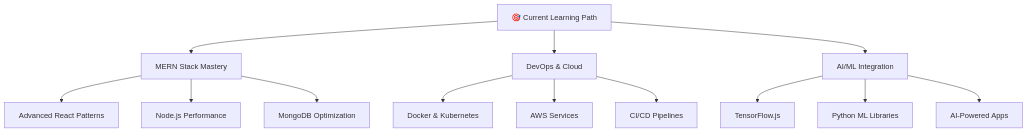
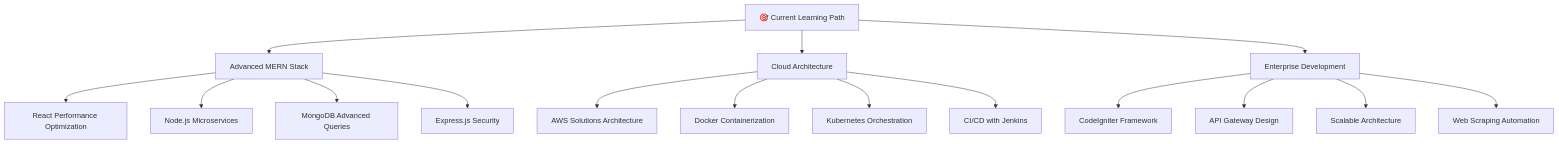
One commit to bimapopo345/bimapopo345 changed the diagram in README.md. Above: the diagram before and after it, drawn with Mermaid. The commit also changed other lines of this file, not shown here.

````diff
--- a/README.md
+++ b/README.md
@@ -128,18 +128,21 @@
 ```mermaid
 graph TD
-    A[🎯 Current Learning Path] --> B[MERN Stack Mastery]
-    A --> C[DevOps & Cloud]
-    A --> D[AI/ML Integration]
+    A[🎯 Current Learning Path] --> B[Advanced MERN Stack]
+    A --> C[Cloud Architecture]
+    A --> D[Enterprise Development]
     
-    B --> E[Advanced React Patterns]
-    B --> F[Node.js Performance]
-    B --> G[MongoDB Optimization]
+    B --> E[React Performance Optimization]
+    B --> F[Node.js Microservices]
+    B --> G[MongoDB Advanced Queries]
+    B --> H[Express.js Security]
     
-    C --> H[Docker & Kubernetes]
-    C --> I[AWS Services]
-    C --> J[CI/CD Pipelines]
+    C --> I[AWS Solutions Architecture]
+    C --> J[Docker Containerization]
+    C --> K[Kubernetes Orchestration]
+    C --> L[CI/CD with Jenkins]
     
-    D --> K[TensorFlow.js]
-    D --> L[Python ML Libraries]
-    D --> M[AI-Powered Apps]
+    D --> M[CodeIgniter Framework]
+    D --> N[API Gateway Design]
+    D --> O[Scalable Architecture]
+    D --> P[Web Scraping Automation]
 ```
````
